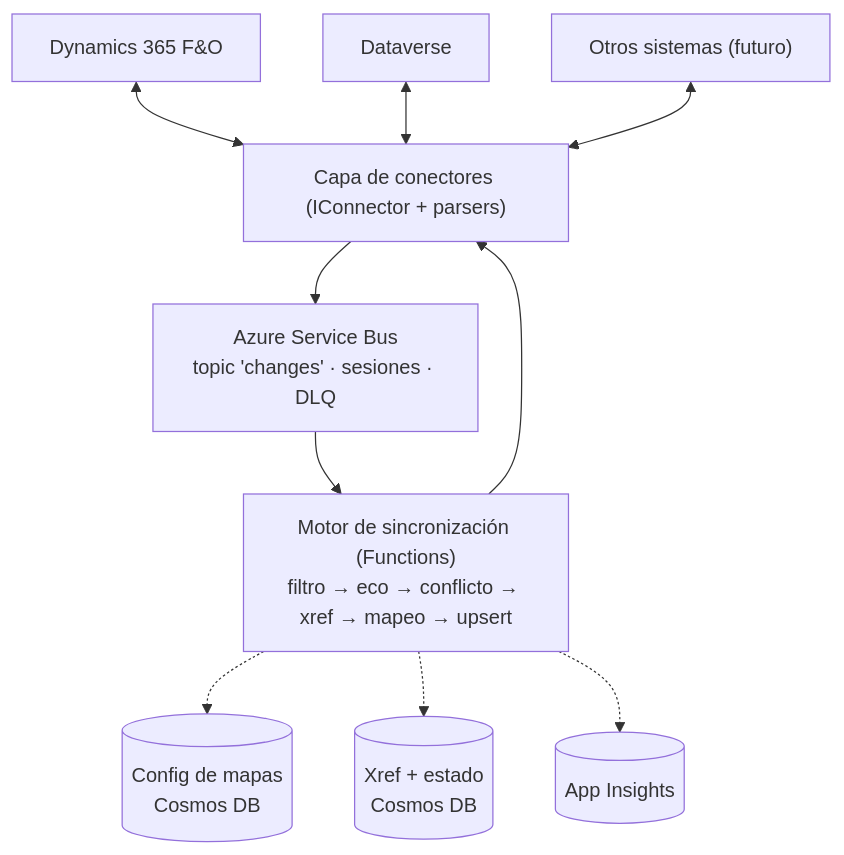
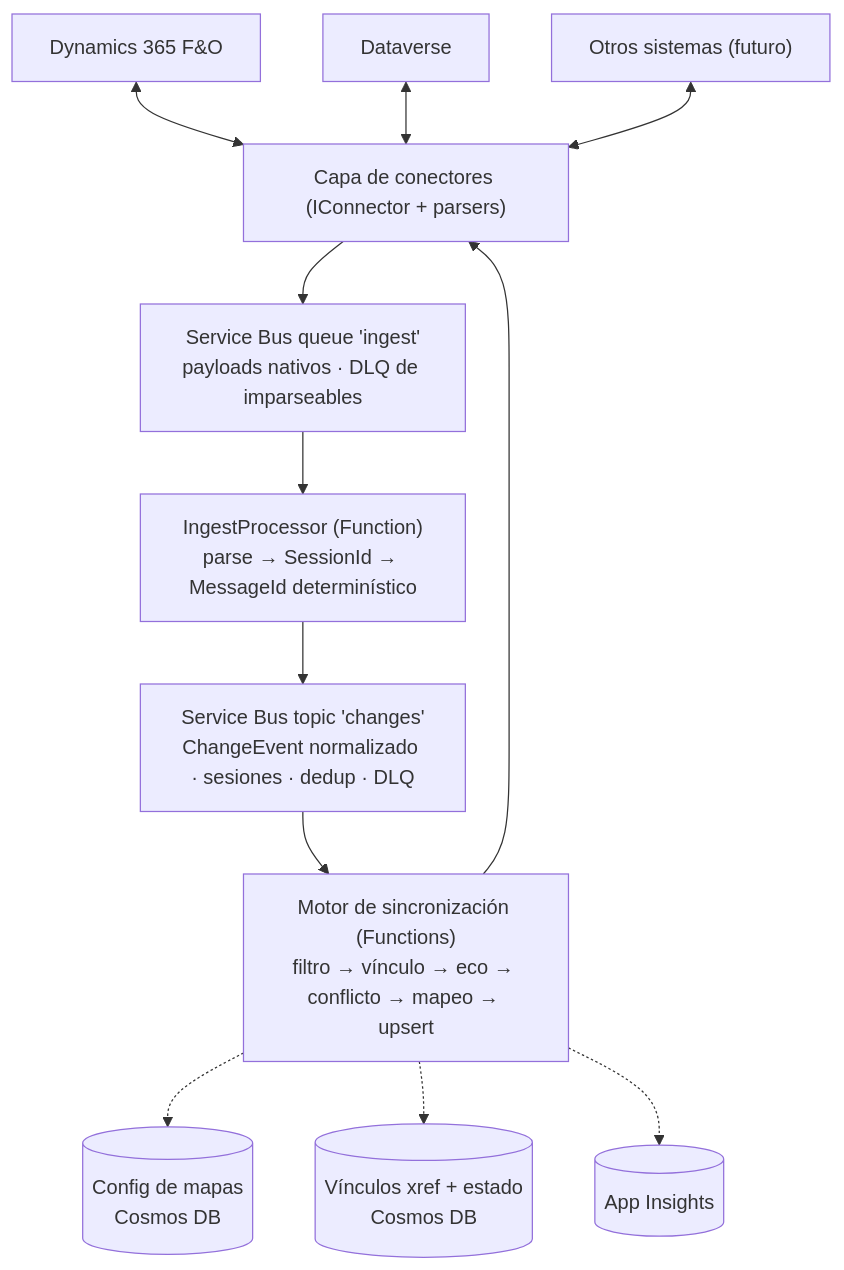
The diagram in docs/architecture.md (sebasdiaz/AxxonAzureIntegrator), drawn with Mermaid before and after one commit. The commit also changed other lines of this file and 9 other files, not shown here.

````diff
--- a/docs/architecture.md
+++ b/docs/architecture.md
@@ -22,12 +25,14 @@
 ```mermaid
 flowchart TB
     FO["Dynamics 365 F&O"] <--> CONN
     DV["Dataverse"] <--> CONN
     OTROS["Otros sistemas (futuro)"] <--> CONN
-    CONN["Capa de conectores (IConnector + parsers)"] --> SB
-    SB["Azure Service Bus\ntopic 'changes' · sesiones · DLQ"] --> ENGINE
-    ENGINE["Motor de sincronización (Functions)\nfiltro → eco → conflicto → xref → mapeo → upsert"] --> CONN
+    CONN["Capa de conectores (IConnector + parsers)"] --> INGEST
+    INGEST["Service Bus queue 'ingest'\npayloads nativos · DLQ de imparseables"] --> INGF
+    INGF["IngestProcessor (Function)\nparse → SessionId → MessageId determinístico"] --> SB
+    SB["Service Bus topic 'changes'\nChangeEvent normalizado · sesiones · dedup · DLQ"] --> ENGINE
+    ENGINE["Motor de sincronización (Functions)\nfiltro → vínculo → eco → conflicto → mapeo → upsert"] --> CONN
     ENGINE -.-> MAPS[("Config de mapas\nCosmos DB")]
-    ENGINE -.-> XREF[("Xref + estado\nCosmos DB")]
+    ENGINE -.-> XREF[("Vínculos xref + estado\nCosmos DB")]
     ENGINE -.-> AI[("App Insights")]
 ```
````
